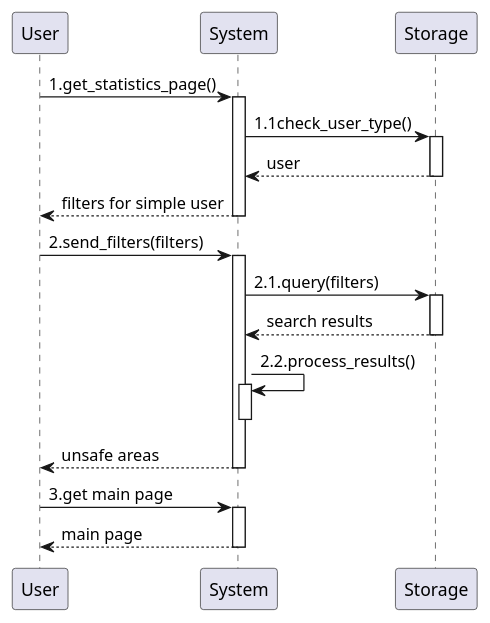
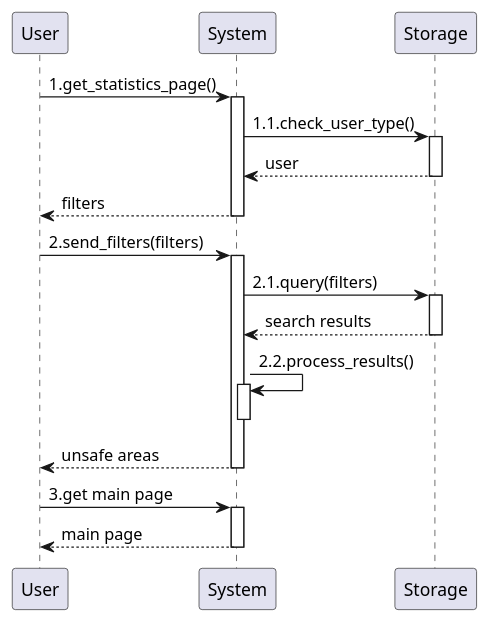
Before and after one commit to GiorgioUghini/SafeStreets: the second of 6 diagrams in RASD/materials/uml/useCases/reports.wsd, drawn with PlantUML. The commit also changed other lines of this file and 4 other files, not shown here.

Commit message:
Fix diagrams

```diff
--- a/RASD/materials/uml/useCases/reports.wsd
+++ b/RASD/materials/uml/useCases/reports.wsd
@@ -20,20 +20,20 @@
 @startuml information_mining
     participant User as U
     participant System as S
     participant Storage as ST
 
     autoactivate on
 
     U -> S: 1.get_statistics_page()
-    S -> ST: 1.1check_user_type()
+    S -> ST: 1.1.check_user_type()
     return user
-    return filters for simple user
+    return filters
     U -> S: 2.send_filters(filters)
     S -> ST: 2.1.query(filters)
     return search results
     S -> S: 2.2.process_results()
     deactivate S
     return unsafe areas
     U -> S: 3.get main page
     return main page
 @enduml
```
